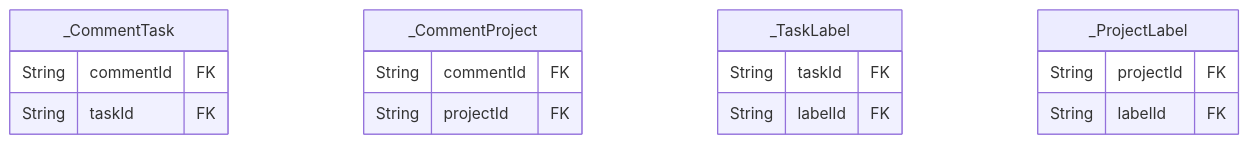
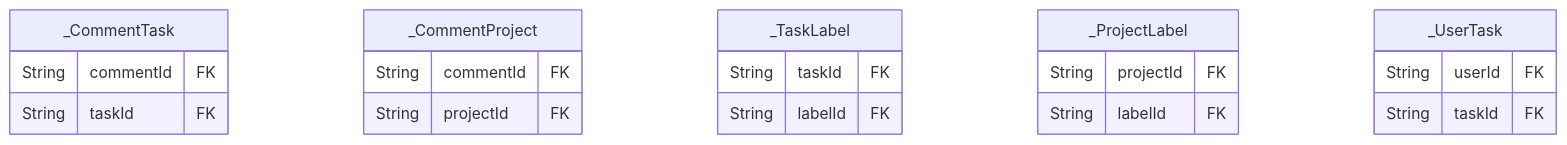
The sixth of 6 diagrams in docs/database-schema.md (MaquestiauxLabs/demo-react-taskmanager), drawn with Mermaid before and after one commit. The commit also changed other lines of this file and 5 other files, not shown here.

````diff
--- a/docs/database-schema.md
+++ b/docs/database-schema.md
@@ -285,19 +285,23 @@
 ```mermaid
 erDiagram
 "_CommentTask" {
   String commentId FK
   String taskId FK
 }
 "_CommentProject" {
   String commentId FK
   String projectId FK
 }
 "_TaskLabel" {
   String taskId FK
   String labelId FK
 }
 "_ProjectLabel" {
   String projectId FK
   String labelId FK
 }
+"_UserTask" {
+  String userId FK
+  String taskId FK
+}
 ```
````
